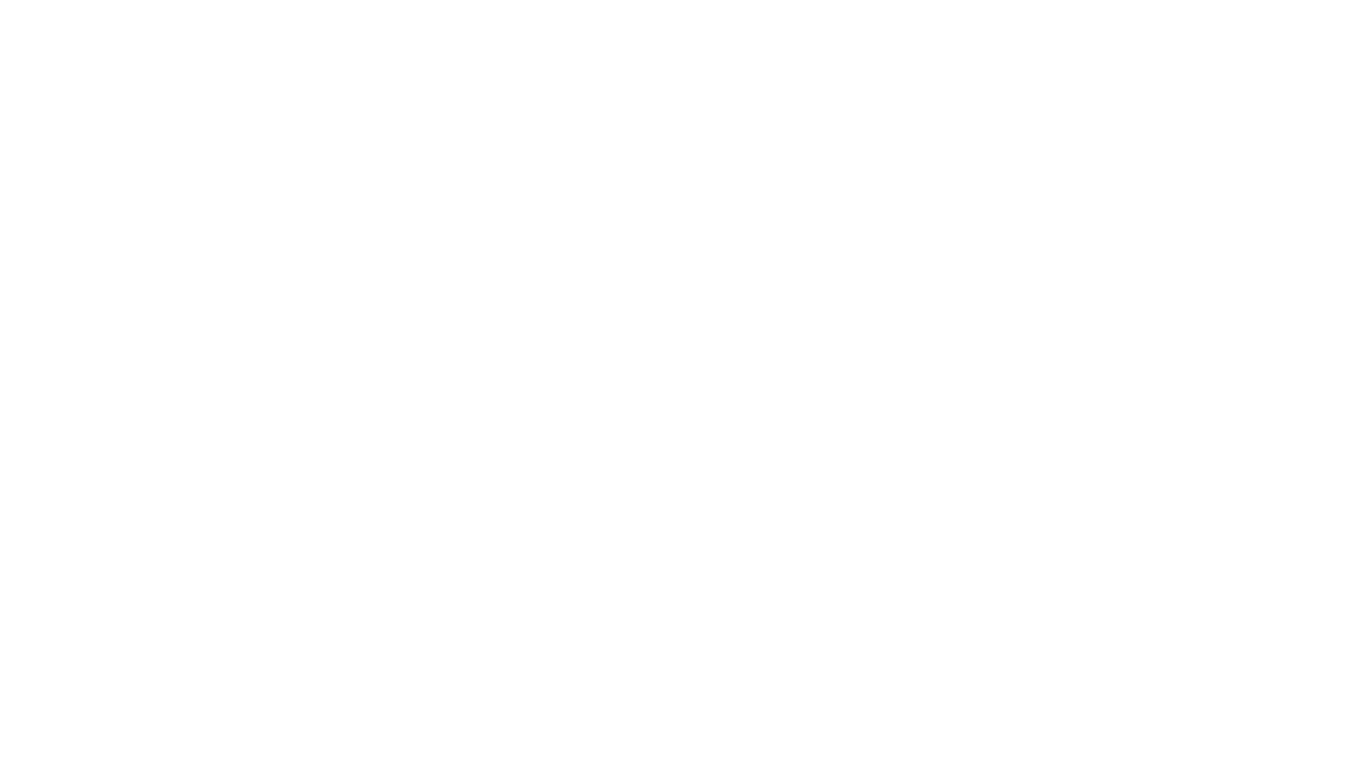
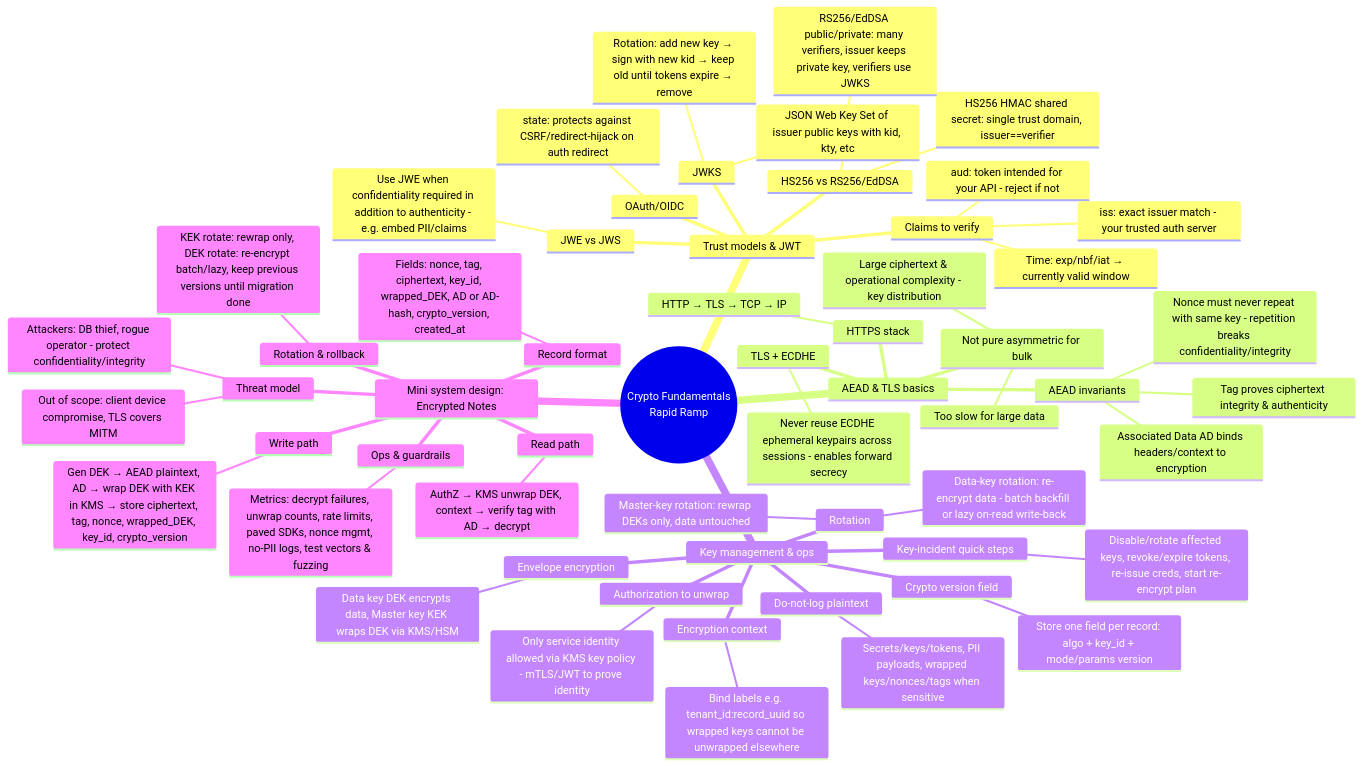
Before and after one commit to irahulsawhney/crypto-concepts: the diagram in diagrams/00-rapid-ramp-mindmap.mmd, drawn with Mermaid.

Commit message:
Revert mindmap to default styling for better dark mode support

```diff
--- a/diagrams/00-rapid-ramp-mindmap.mmd
+++ b/diagrams/00-rapid-ramp-mindmap.mmd
@@ -1,62 +1,60 @@
 %% Crypto Fundamentals — Rapid Ramp Mindmap
 mindmap
   root((Crypto Fundamentals<br/>Rapid Ramp))
     Trust models & JWT
       JWKS
         JSON Web Key Set of issuer public keys with kid, kty, etc
         Rotation: add new key → sign with new kid → keep old until tokens expire → remove
       Claims to verify
         aud: token intended for your API - reject if not
         iss: exact issuer match - your trusted auth server
         Time: exp/nbf/iat → currently valid window
       HS256 vs RS256/EdDSA
         HS256 HMAC shared secret: single trust domain, issuer==verifier
         RS256/EdDSA public/private: many verifiers, issuer keeps private key, verifiers use JWKS
       OAuth/OIDC
         state: protects against CSRF/redirect-hijack on auth redirect
       JWE vs JWS
         Use JWE when confidentiality required in addition to authenticity - e.g. embed PII/claims
     AEAD & TLS basics
       AEAD invariants
         Nonce must never repeat with same key - repetition breaks confidentiality/integrity
         Tag proves ciphertext integrity & authenticity
         Associated Data AD binds headers/context to encryption
       TLS + ECDHE
         Never reuse ECDHE ephemeral keypairs across sessions - enables forward secrecy
       HTTPS stack
         HTTP → TLS → TCP → IP
       Not pure asymmetric for bulk
         Too slow for large data
         Large ciphertext & operational complexity - key distribution
     Key management & ops
       Envelope encryption
         Data key DEK encrypts data, Master key KEK wraps DEK via KMS/HSM
       Crypto version field
         Store one field per record: algo + key_id + mode/params version
       Rotation
         Master-key rotation: rewrap DEKs only, data untouched
         Data-key rotation: re-encrypt data - batch backfill or lazy on-read write-back
       Authorization to unwrap
         Only service identity allowed via KMS key policy - mTLS/JWT to prove identity
       Encryption context
         Bind labels e.g. tenant_id:record_uuid so wrapped keys cannot be unwrapped elsewhere
       Do-not-log plaintext
         Secrets/keys/tokens, PII payloads, wrapped keys/nonces/tags when sensitive
       Key-incident quick steps
         Disable/rotate affected keys, revoke/expire tokens, re-issue creds, start re-encrypt plan
     Mini system design: Encrypted Notes
       Threat model
         Attackers: DB thief, rogue operator - protect confidentiality/integrity
         Out of scope: client device compromise, TLS covers MITM
       Record format
         Fields: nonce, tag, ciphertext, key_id, wrapped_DEK, AD or AD-hash, crypto_version, created_at
       Write path
         Gen DEK → AEAD plaintext, AD → wrap DEK with KEK in KMS → store ciphertext, tag, nonce, wrapped_DEK, key_id, crypto_version
       Read path
         AuthZ → KMS unwrap DEK, context → verify tag with AD → decrypt
       Rotation & rollback
         KEK rotate: rewrap only, DEK rotate: re-encrypt batch/lazy, keep previous versions until migration done
       Ops & guardrails
         Metrics: decrypt failures, unwrap counts, rate limits, paved SDKs, nonce mgmt, no-PII logs, test vectors & fuzzing
-
-%%{init: {'theme':'base', 'themeVariables': { 'primaryColor':'#ffffff00', 'primaryTextColor':'#fff', 'primaryBorderColor':'#7C0200', 'lineColor':'#F8B229', 'secondaryColor':'#ffffff00', 'tertiaryColor':'#ffffff00'}}}%%
```
